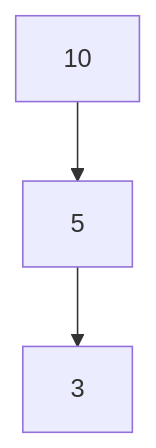
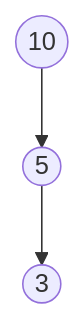
Before and after one commit to 3strategy/BeautifulMivney: diagram 13 of 39 in cst/6binnode/Ex6a4binnode.md, drawn with Mermaid. The commit also changed other lines of this file and 3 other files, not shown here.

````diff
--- a/cst/6binnode/Ex6a4binnode.md
+++ b/cst/6binnode/Ex6a4binnode.md
@@ -262,5 +262,5 @@
     ```mermaid
     flowchart TB
-      A[10] --> B[5]
-      B --> C[3]:::leaf
+      A((10)) --> B((5))
+      B --> C((3)):::leaf
     ```
````
